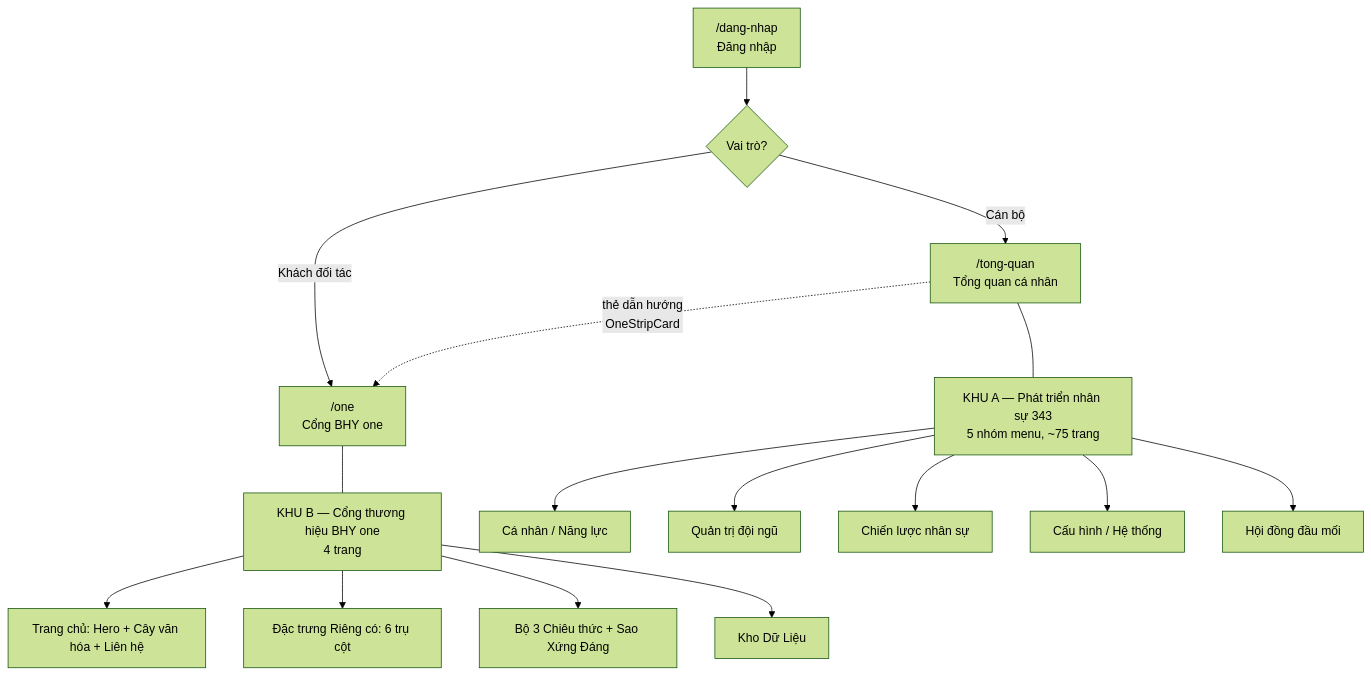
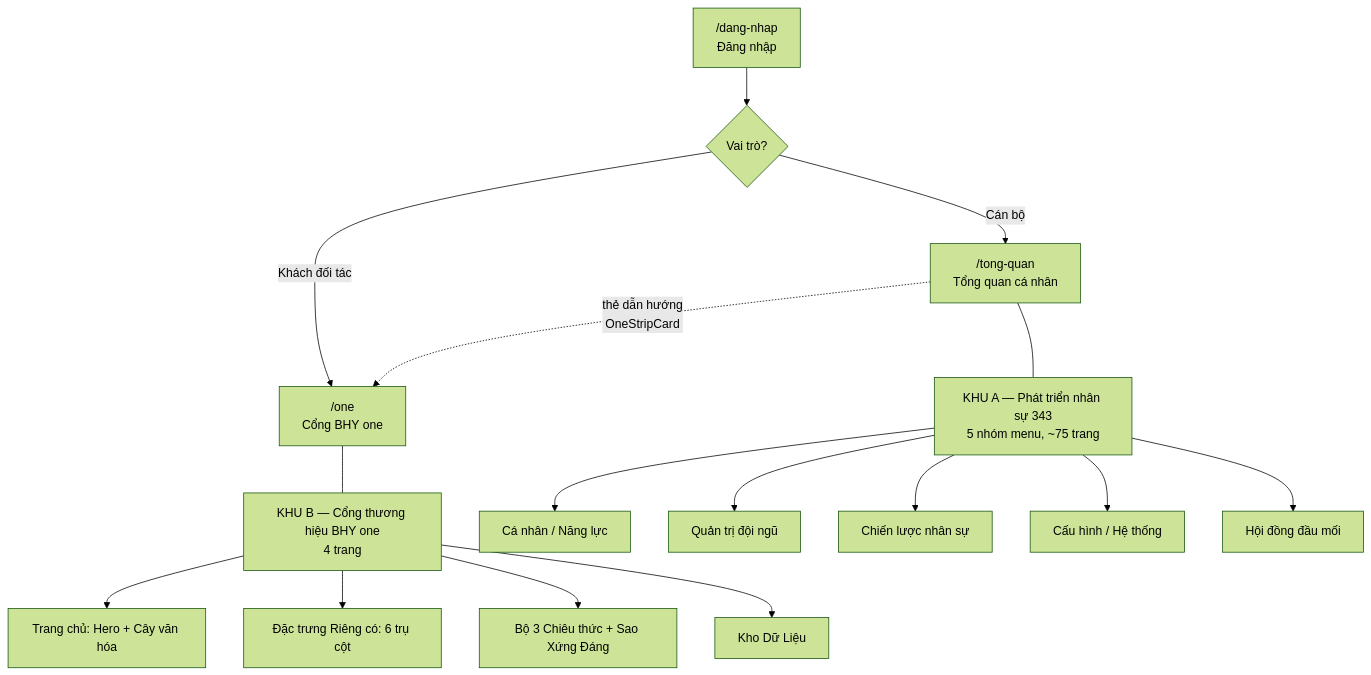
Before and after one commit to ducanh2212-343/vietinbank-bhy-evaluation: the diagram in docs/cau-truc-website-sau-hop-nhat.md, drawn with Mermaid (forest theme). The commit also changed other lines of this file and 3 other files, not shown here.

First line of the commit message:
Bỏ khối "Liên hệ & Đăng ký hợp tác" khỏi trang chủ cổng BHY ONE

````diff
--- a/docs/cau-truc-website-sau-hop-nhat.md
+++ b/docs/cau-truc-website-sau-hop-nhat.md
@@ -30,22 +30,22 @@
 ```mermaid
 flowchart TD
     L["/dang-nhap<br/>Đăng nhập"] --> R{Vai trò?}
     R -->|Cán bộ| TQ["/tong-quan<br/>Tổng quan cá nhân"]
     R -->|Khách đối tác| ONE["/one<br/>Cổng BHY one"]
 
     TQ --- A["KHU A — Phát triển nhân sự 343<br/>5 nhóm menu, ~75 trang"]
     TQ -.->|"thẻ dẫn hướng<br/>OneStripCard"| ONE
 
     ONE --- B["KHU B — Cổng thương hiệu BHY one<br/>4 trang"]
 
     A --> A1["Cá nhân / Năng lực"]
     A --> A2["Quản trị đội ngũ"]
     A --> A3["Chiến lược nhân sự"]
     A --> A4["Cấu hình / Hệ thống"]
     A --> A5["Hội đồng đầu mối"]
 
-    B --> B1["Trang chủ: Hero + Cây văn hóa + Liên hệ"]
+    B --> B1["Trang chủ: Hero + Cây văn hóa"]
     B --> B2["Đặc trưng Riêng có: 6 trụ cột"]
     B --> B3["Bộ 3 Chiêu thức + Sao Xứng Đáng"]
     B --> B4["Kho Dữ Liệu"]
 ```
````
